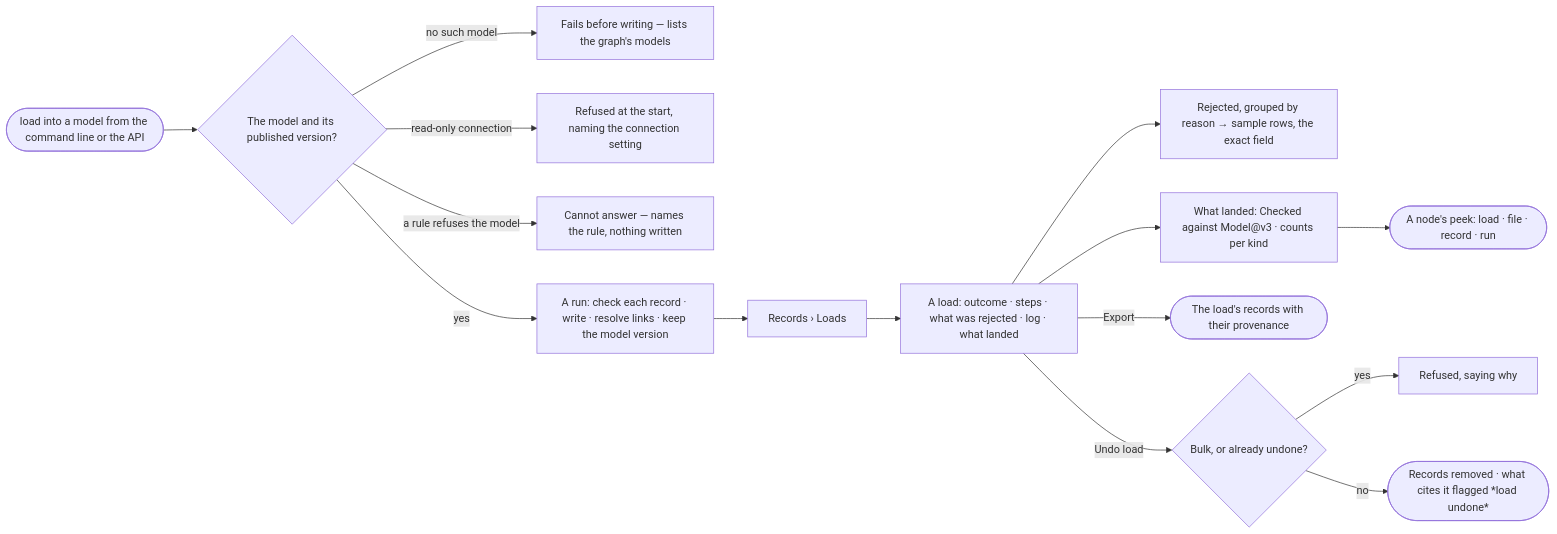
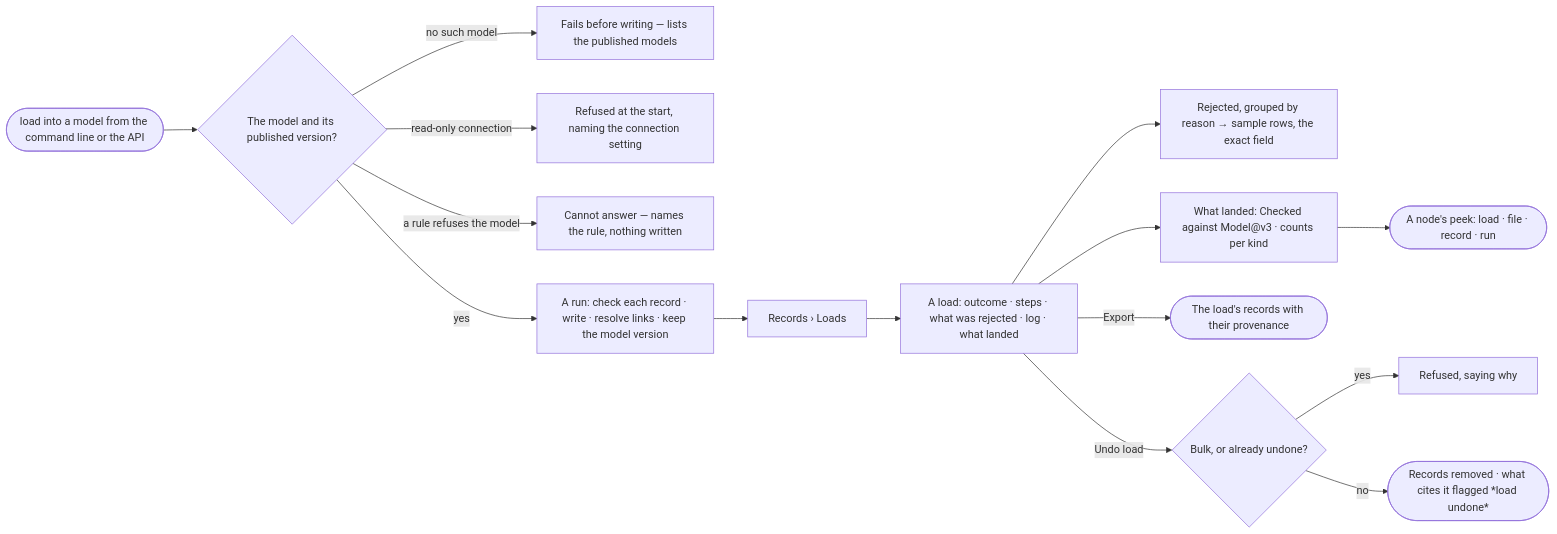
The diagram in specs/capabilities/records/features/RC-F02-bring-records-in/stories/RC-09-see-every-load-and-what-it-rejected/story.md (invana/invana), drawn with Mermaid before and after one commit. The commit also changed other lines of this file and 69 other files, not shown here.

First line of the commit message:
feat(specs): retire Graph as an object — Graph Data is the screen word

````diff
--- a/specs/capabilities/records/features/RC-F02-bring-records-in/stories/RC-09-see-every-load-and-what-it-rejected/story.md
+++ b/specs/capabilities/records/features/RC-F02-bring-records-in/stories/RC-09-see-every-load-and-what-it-rejected/story.md
@@ -29,17 +29,17 @@
 ```mermaid
 flowchart LR
   c([load into a model from the command line or the API]) --> mv{"The model and its published version?"}
-  mv -->|no such model| x1["Fails before writing — lists the graph's models"]
+  mv -->|no such model| x1["Fails before writing — lists the published models"]
   mv -->|read-only connection| x2["Refused at the start, naming the connection setting"]
   mv -->|a rule refuses the model| x3["Cannot answer — names the rule, nothing written"]
   mv -->|yes| r["A run: check each record · write · resolve links · keep the model version"]
   r --> imp["Records › Loads"]
   imp --> o["A load: outcome · steps · what was rejected · log · what landed"]
   o --> rj["Rejected, grouped by reason → sample rows, the exact field"]
   o --> wl["What landed: Checked against Model@v3 · counts per kind"]
   wl --> nd(["A node's peek: load · file · record · run"])
   o -->|Export| ex(["The load's records with their provenance"])
   o -->|Undo load| ud{"Bulk, or already undone?"}
   ud -->|yes| udx["Refused, saying why"]
   ud -->|no| udo(["Records removed · what cites it flagged *load undone*"])
 ```
````
